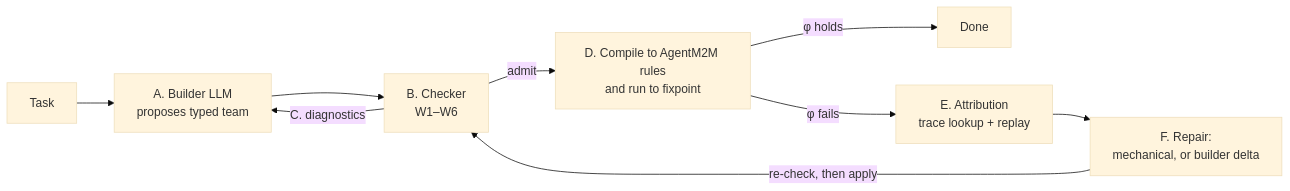
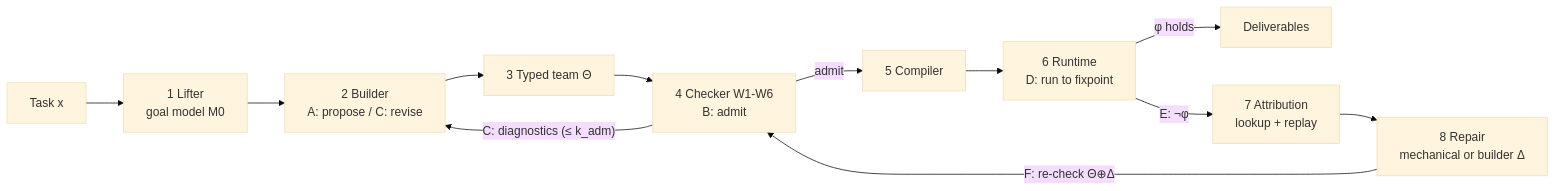
The diagram in README.md (ai4se4ai-lab/M2MColab), drawn with Mermaid (base theme) before and after one commit. The commit also changed other lines of this file and 200 other files, not shown here.

````diff
--- a/README.md
+++ b/README.md
@@ -32,11 +34,13 @@
 ```mermaid
 flowchart LR
-    T[Task] --> A["A. Builder LLM<br/>proposes typed team"]
-    A --> B["B. Checker<br/>W1–W6"]
-    B -- "C. diagnostics" --> A
-    B -- admit --> D["D. Compile to AgentM2M rules<br/>and run to fixpoint"]
-    D -- "φ holds" --> Done[Done]
-    D -- "φ fails" --> E["E. Attribution<br/>trace lookup + replay"]
-    E --> F["F. Repair:<br/>mechanical, or builder delta"]
-    F -- "re-check, then apply" --> B
+    X[Task x] --> L["1 Lifter<br/>goal model M0"]
+    L --> A["2 Builder<br/>A: propose / C: revise"]
+    A --> T["3 Typed team Θ"]
+    T --> B["4 Checker W1-W6<br/>B: admit"]
+    B -- "C: diagnostics (≤ k_adm)" --> A
+    B -- admit --> K["5 Compiler"] --> R["6 Runtime<br/>D: run to fixpoint"]
+    R -- "φ holds" --> Done[Deliverables]
+    R -- "E: ¬φ" --> At["7 Attribution<br/>lookup + replay"]
+    At --> P["8 Repair<br/>mechanical or builder Δ"]
+    P -- "F: re-check Θ⊕Δ" --> B
 ```
````
